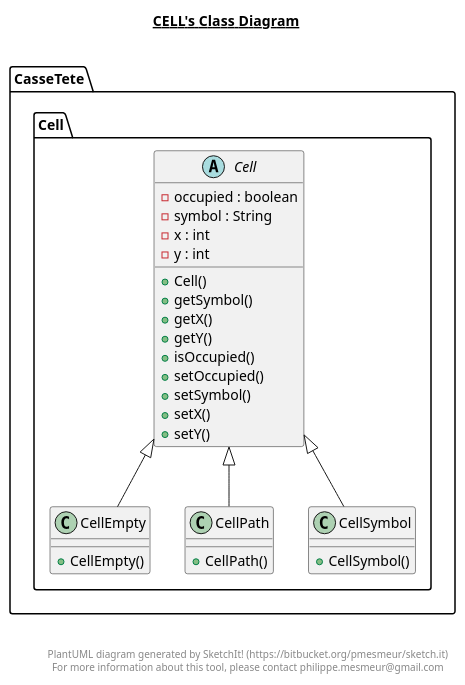
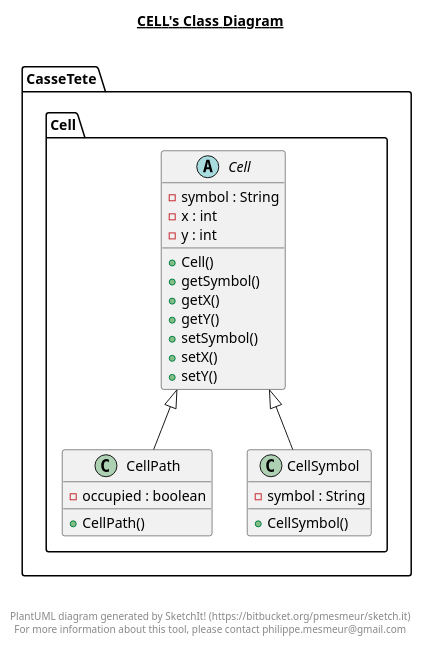
Before and after one commit to Mex21/CasseTete: the diagram in src/CasseTete/Cell/Cell.plantuml, drawn with PlantUML. The commit also changed 12 other files, not shown here.

```diff
--- a/src/CasseTete/Cell/Cell.plantuml
+++ b/src/CasseTete/Cell/Cell.plantuml
@@ -1,65 +1,54 @@
 @startuml
 
 title __CELL's Class Diagram__\n
 
   namespace CasseTete {
     namespace Cell {
       abstract class CasseTete.Cell.Cell {
-          - occupied : boolean
           - symbol : String
           - x : int
           - y : int
           + Cell()
           + getSymbol()
           + getX()
           + getY()
-          + isOccupied()
-          + setOccupied()
           + setSymbol()
           + setX()
           + setY()
       }
     }
   }
   
 
   namespace CasseTete {
     namespace Cell {
-      class CasseTete.Cell.CellEmpty {
-          + CellEmpty()
-      }
-    }
-  }
-  
-
-  namespace CasseTete {
-    namespace Cell {
       class CasseTete.Cell.CellPath {
+          - occupied : boolean
           + CellPath()
       }
     }
   }
   
 
   namespace CasseTete {
     namespace Cell {
       class CasseTete.Cell.CellSymbol {
+          - symbol : String
           + CellSymbol()
       }
     }
   }
   
 
-  CasseTete.Cell.CellEmpty -up-|> CasseTete.Cell.Cell
   CasseTete.Cell.CellPath -up-|> CasseTete.Cell.Cell
   CasseTete.Cell.CellSymbol -up-|> CasseTete.Cell.Cell
 
 
 right footer
 
 
 PlantUML diagram generated by SketchIt! (https://bitbucket.org/pmesmeur/sketch.it)
 For more information about this tool, please contact philippe.mesmeur@gmail.com
 endfooter
 
 @enduml
```
